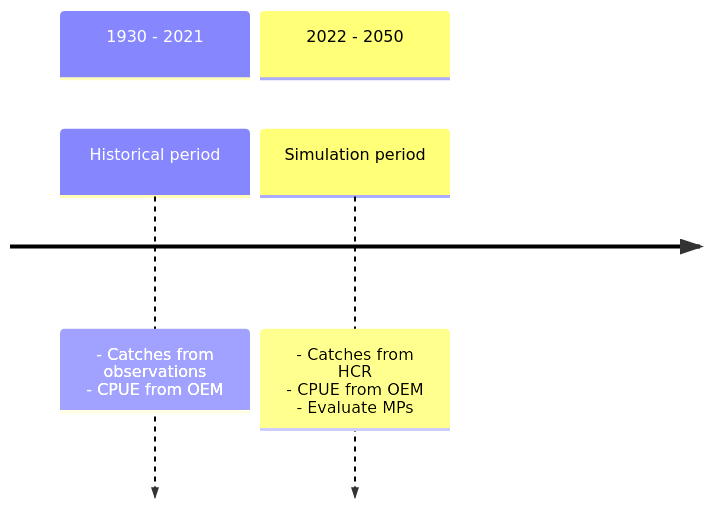
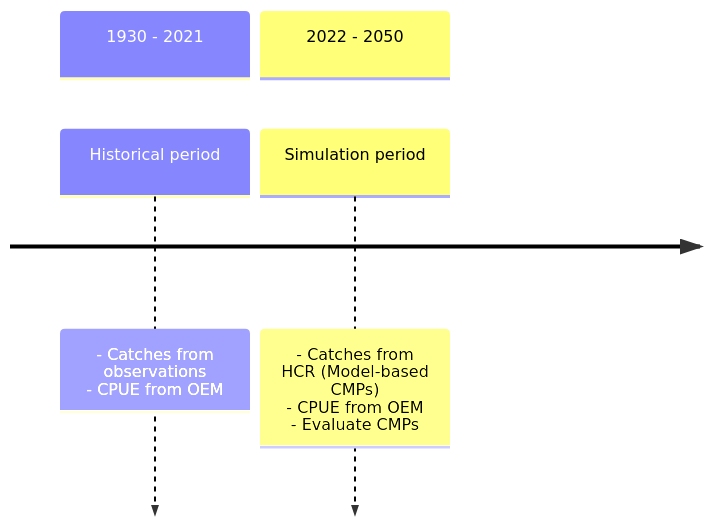
Before and after one commit to ICCAT/nalb-mse-2: the second of 2 diagrams in docs/TechSpec/Trial_Specs.qmd, drawn with Mermaid. The commit also changed other lines of this file and 92 other files, not shown here.

````diff
--- a/docs/TechSpec/Trial_Specs.qmd
+++ b/docs/TechSpec/Trial_Specs.qmd
@@ -262,9 +228,9 @@
 ```{mermaid}
 %%| label: fig-time
 %%| fig-cap: Periods in the MSE and main differences between them.
 timeline
     section 1930 - 2021
         Historical period : - Catches from observations <br> - CPUE from OEM
     section 2022 - 2050
-        Simulation period : - Catches from HCR <br> - CPUE from OEM <br> - Evaluate MPs
+        Simulation period : - Catches from HCR (Model-based CMPs) <br> - CPUE from OEM <br> - Evaluate CMPs
 ```
````
